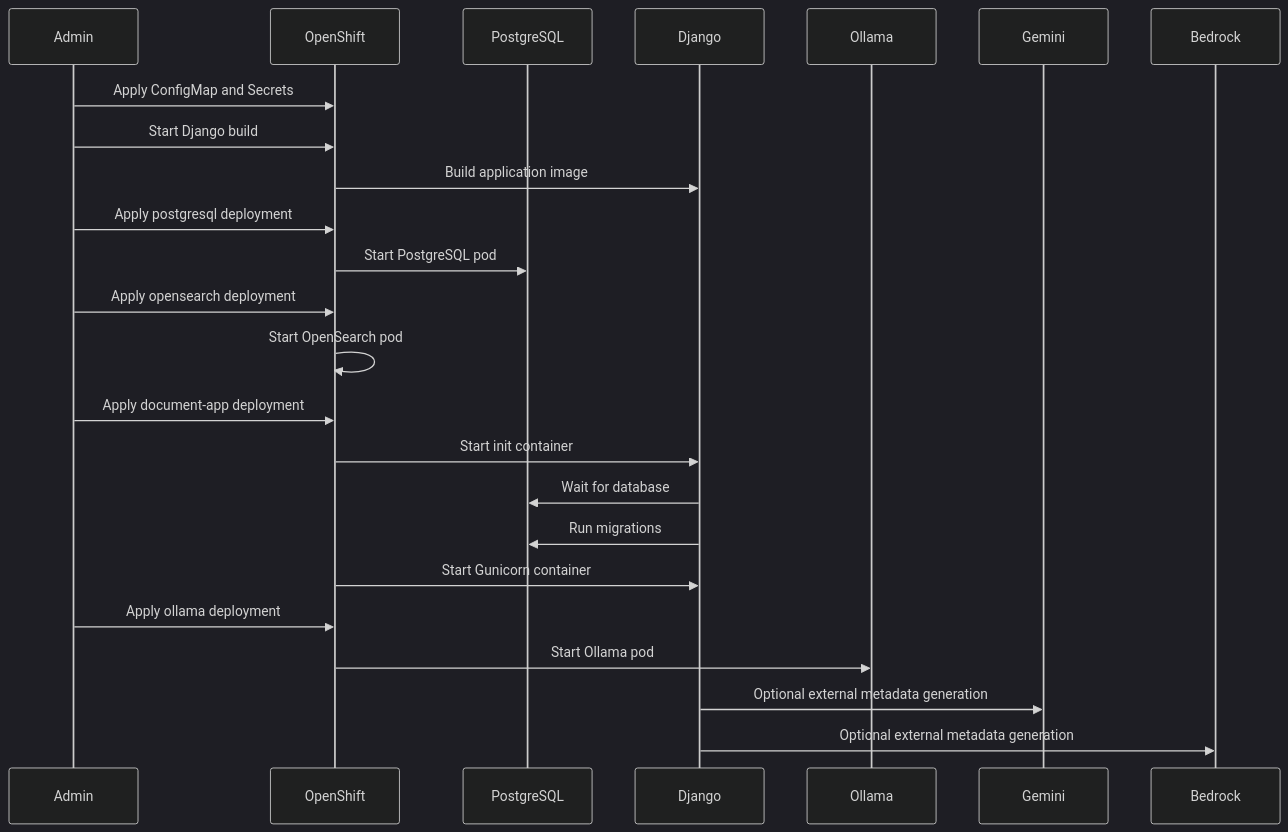
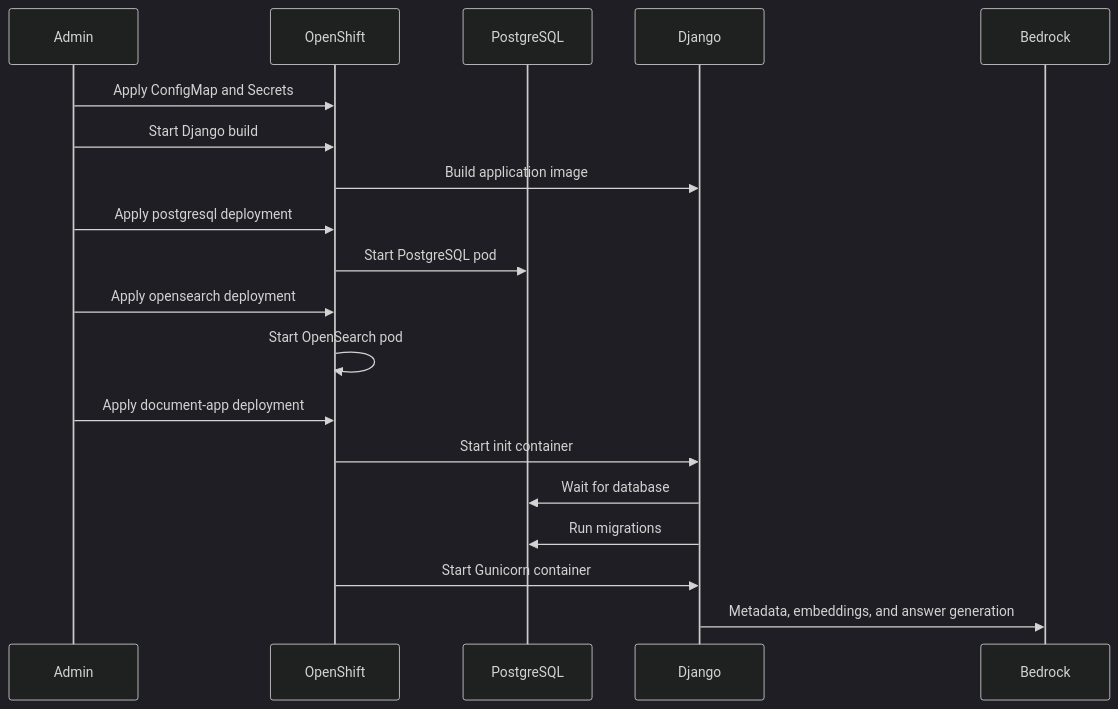
The second of 3 diagrams in docs/deployment.md (khaliqueaws-creator/document-management), drawn with Mermaid (dark theme) before and after one commit. The commit also changed other lines of this file and 6 other files, not shown here.

Commit message:
Align docs with MCP architecture

````diff
--- a/docs/deployment.md
+++ b/docs/deployment.md
@@ -90,32 +84,26 @@
 ```mermaid
 sequenceDiagram
     participant Admin
     participant OpenShift
     participant PostgreSQL
     participant Django
-    participant Ollama
-    participant Gemini
     participant Bedrock
 
     Admin->>OpenShift: Apply ConfigMap and Secrets
     Admin->>OpenShift: Start Django build
     OpenShift->>Django: Build application image
 
     Admin->>OpenShift: Apply postgresql deployment
     OpenShift->>PostgreSQL: Start PostgreSQL pod
 
     Admin->>OpenShift: Apply opensearch deployment
     OpenShift->>OpenShift: Start OpenSearch pod
 
     Admin->>OpenShift: Apply document-app deployment
     OpenShift->>Django: Start init container
     Django->>PostgreSQL: Wait for database
     Django->>PostgreSQL: Run migrations
     OpenShift->>Django: Start Gunicorn container
 
-    Admin->>OpenShift: Apply ollama deployment
-    OpenShift->>Ollama: Start Ollama pod
-
-    Django->>Gemini: Optional external metadata generation
-    Django->>Bedrock: Optional external metadata generation
+    Django->>Bedrock: Metadata, embeddings, and answer generation
 ```
````
